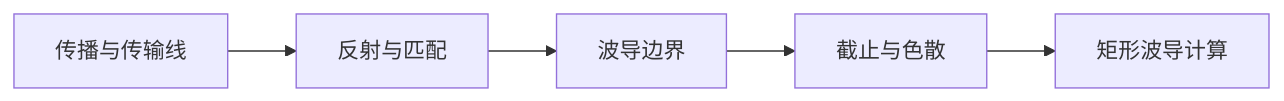
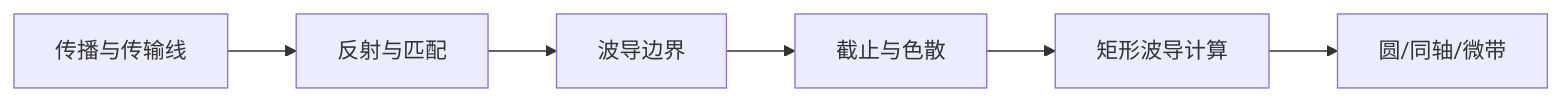
Before and after one commit to estelledc/hust-eic-microwave-from-scratch: the diagram in content/knowledge/README.md, drawn with Mermaid. The commit also changed other lines of this file and 127 other files, not shown here.

````diff
--- a/content/knowledge/README.md
+++ b/content/knowledge/README.md
@@ -43,7 +44,8 @@
 ```mermaid
 flowchart LR
   P1["传播与传输线"] --> P2["反射与匹配"]
   P2 --> P3["波导边界"]
   P3 --> P4["截止与色散"]
   P4 --> P5["矩形波导计算"]
+  P5 --> P6["圆/同轴/微带"]
 ```
````
